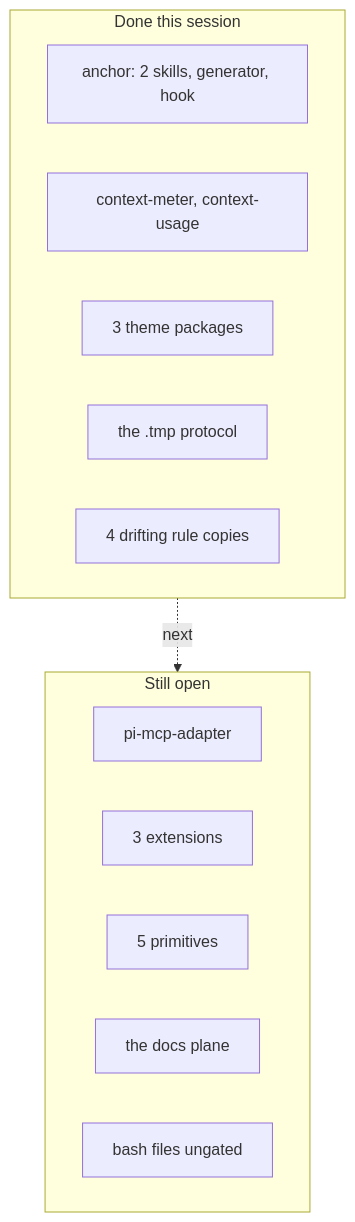
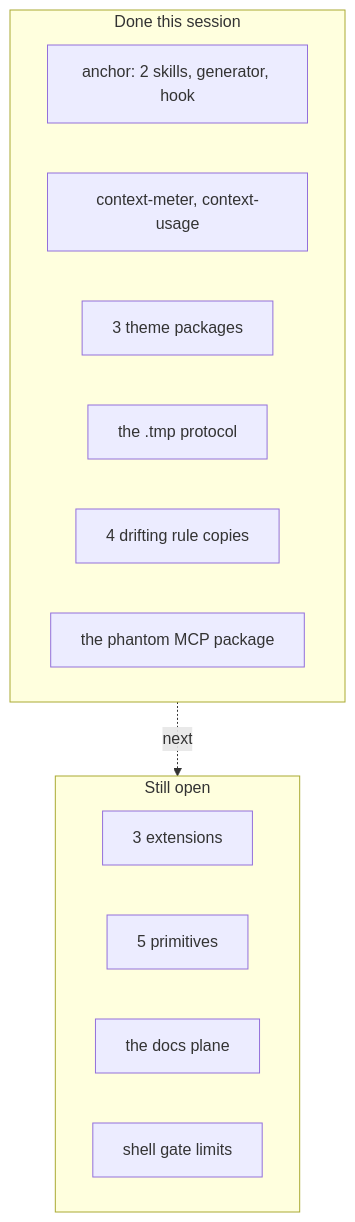
The fifth of 5 diagrams in agent/harness-map.md (sub0xdai/n0x-pi), drawn with Mermaid before and after one commit. The commit also changed other lines of this file and 7 other files, not shown here.

````diff
--- a/agent/harness-map.md
+++ b/agent/harness-map.md
@@ -152,18 +155,18 @@
 ```mermaid
 flowchart TB
     subgraph D["Done this session"]
         D1["anchor: 2 skills, generator, hook"]
         D2["context-meter, context-usage"]
         D3["3 theme packages"]
         D4["the .tmp protocol"]
         D5["4 drifting rule copies"]
+        D6["the phantom MCP package"]
     end
     subgraph O["Still open"]
-        O1["pi-mcp-adapter"]
         O2["3 extensions"]
         O3["5 primitives"]
         O4["the docs plane"]
-        O5["bash files ungated"]
+        O5["shell gate limits"]
     end
     D -.->|"next"| O
 ```
````
